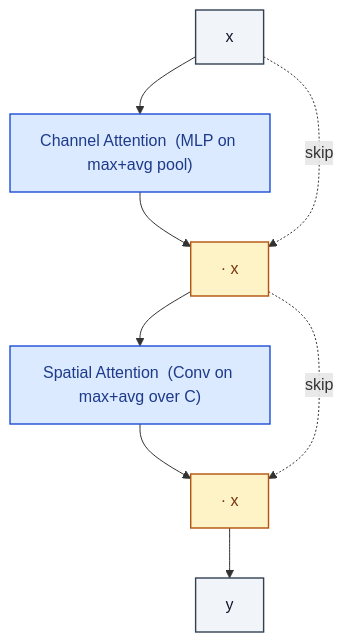
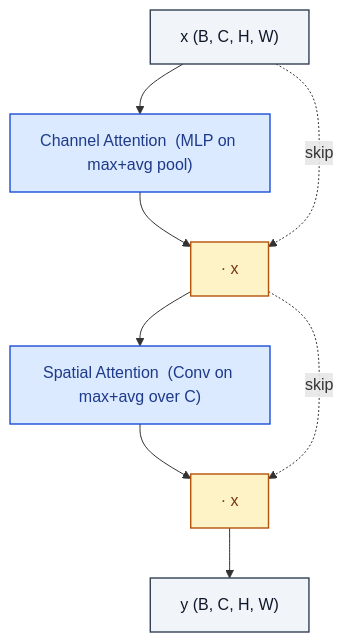
The diagram in cnn_vision/CBAM.md (RealityShifts/Srivastava-book-of-Blocks-diagrams), drawn with Mermaid before and after one commit. The commit also changed 123 other files, not shown here.

````diff
--- a/cnn_vision/CBAM.md
+++ b/cnn_vision/CBAM.md
@@ -7,25 +7,26 @@
 ```mermaid
 flowchart TD
-    n0_0["x"]:::io
+    n0_0["x  (B, C, H, W)"]:::io
     n1_0["Channel Attention  (MLP on max+avg pool)"]:::op
     n2_0["· x"]:::merge
     n3_0["Spatial Attention  (Conv on max+avg over C)"]:::op
     n4_0["· x"]:::merge
-    n5_0["y"]:::io
+    n5_0["y  (B, C, H, W)"]:::io
     n0_0 --> n1_0
     n1_0 --> n2_0
     n2_0 --> n3_0
     n3_0 --> n4_0
     n4_0 --> n5_0
     n0_0 -. skip .-> n2_0
     n2_0 -. skip .-> n4_0
     classDef io fill:#f1f5f9,stroke:#334155,stroke-width:1.4px,color:#0f172a
     classDef op fill:#dbeafe,stroke:#1d4ed8,stroke-width:1.4px,color:#1e3a8a
     classDef norm fill:#dcfce7,stroke:#15803d,stroke-width:1.4px,color:#14532d
     classDef act fill:#ffedd5,stroke:#c2410c,stroke-width:1.4px,color:#7c2d12
     classDef attn fill:#ede9fe,stroke:#6d28d9,stroke-width:1.4px,color:#4c1d95
     classDef merge fill:#fef3c7,stroke:#b45309,stroke-width:1.4px,color:#78350f
     classDef emb fill:#fef9c3,stroke:#a16207,stroke-width:1.4px,color:#713f12
     classDef loss fill:#fee2e2,stroke:#b91c1c,stroke-width:1.4px,color:#7f1d1d
     classDef ctrl fill:#f5f5f4,stroke:#52525b,stroke-width:1.4px,color:#27272a
+    classDef ref fill:#e0f2fe,stroke:#0369a1,stroke-width:2px,color:#0c4a6e,stroke-dasharray: 4 2
 ```
````
